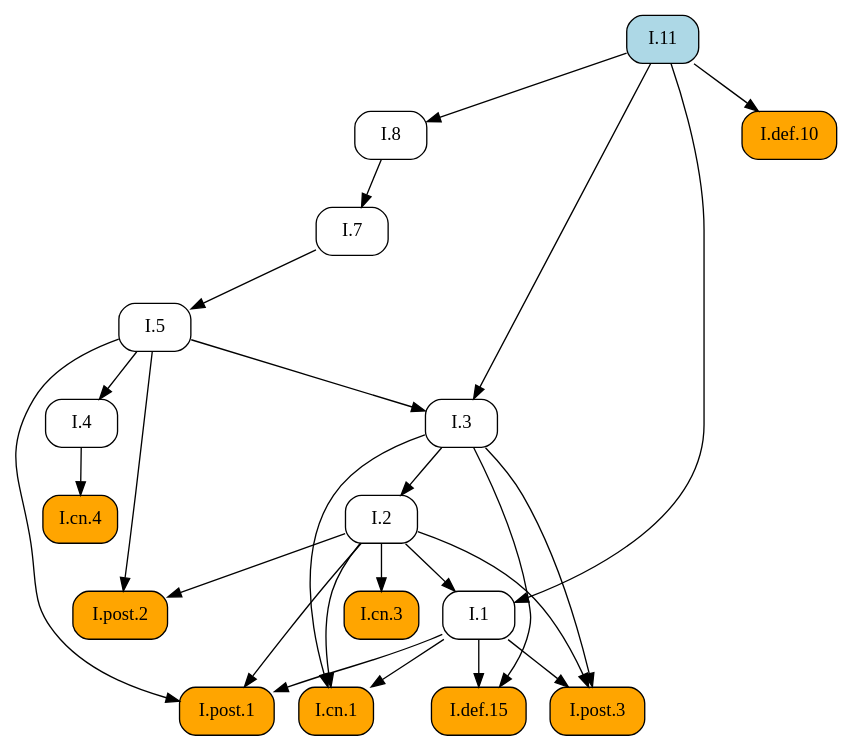
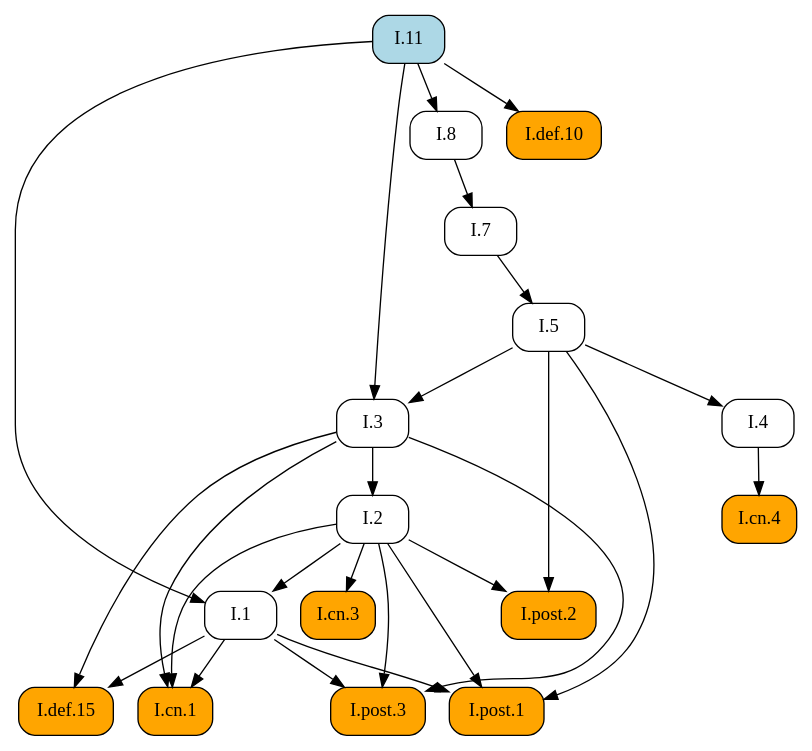
One commit to geometor/elements changed the diagram in docsrc/elements2/I/11/index.rst. Above: the diagram before and after it, drawn with Graphviz. The commit also changed other lines of this file and 409 other files, not shown here.

First line of the commit message:
feat: Add image cropping and graphic extraction script

```diff
--- a/docsrc/elements2/I/11/index.rst
+++ b/docsrc/elements2/I/11/index.rst
@@ -56,47 +56,47 @@
 .. graphviz::
 
    digraph {
      rankdir="TB";
      node [shape=box, style=rounded];
+     "I.def.15" [style="rounded,filled", fillcolor=orange, URL="/elements2/I/def.15/", target="_top"];
+     "I.def.10" [style="rounded,filled", fillcolor=orange, URL="/elements2/I/def.10/", target="_top"];
+     "I.11" [style="rounded,filled", fillcolor=lightblue, URL="/elements2/I/11/", target="_top"];
      "I.8" [URL="/elements2/I/8/", target="_top"];
-     "I.post.3" [style="rounded,filled", fillcolor=orange, URL="/elements2/I/post.3/", target="_top"];
+     "I.post.1" [style="rounded,filled", fillcolor=orange, URL="/elements2/I/post.1/", target="_top"];
      "I.2" [URL="/elements2/I/2/", target="_top"];
+     "I.post.2" [style="rounded,filled", fillcolor=orange, URL="/elements2/I/post.2/", target="_top"];
+     "I.3" [URL="/elements2/I/3/", target="_top"];
+     "I.5" [URL="/elements2/I/5/", target="_top"];
      "I.1" [URL="/elements2/I/1/", target="_top"];
      "I.cn.3" [style="rounded,filled", fillcolor=orange, URL="/elements2/I/cn.3/", target="_top"];
+     "I.cn.1" [style="rounded,filled", fillcolor=orange, URL="/elements2/I/cn.1/", target="_top"];
      "I.cn.4" [style="rounded,filled", fillcolor=orange, URL="/elements2/I/cn.4/", target="_top"];
-     "I.def.15" [style="rounded,filled", fillcolor=orange, URL="/elements2/I/def.15/", target="_top"];
      "I.4" [URL="/elements2/I/4/", target="_top"];
+     "I.post.3" [style="rounded,filled", fillcolor=orange, URL="/elements2/I/post.3/", target="_top"];
      "I.7" [URL="/elements2/I/7/", target="_top"];
-     "I.post.1" [style="rounded,filled", fillcolor=orange, URL="/elements2/I/post.1/", target="_top"];
-     "I.11" [style="rounded,filled", fillcolor=lightblue, URL="/elements2/I/11/", target="_top"];
-     "I.3" [URL="/elements2/I/3/", target="_top"];
-     "I.post.2" [style="rounded,filled", fillcolor=orange, URL="/elements2/I/post.2/", target="_top"];
-     "I.5" [URL="/elements2/I/5/", target="_top"];
-     "I.cn.1" [style="rounded,filled", fillcolor=orange, URL="/elements2/I/cn.1/", target="_top"];
-     "I.def.10" [style="rounded,filled", fillcolor=orange, URL="/elements2/I/def.10/", target="_top"];
+     "I.1" -> "I.def.15";
+     "I.3" -> "I.def.15";
+     "I.11" -> "I.def.10";
      "I.11" -> "I.8";
+     "I.1" -> "I.post.1";
+     "I.2" -> "I.post.1";
+     "I.5" -> "I.post.1";
+     "I.3" -> "I.2";
+     "I.2" -> "I.post.2";
+     "I.5" -> "I.post.2";
+     "I.5" -> "I.3";
+     "I.11" -> "I.3";
+     "I.7" -> "I.5";
+     "I.2" -> "I.1";
+     "I.11" -> "I.1";
+     "I.2" -> "I.cn.3";
+     "I.1" -> "I.cn.1";
+     "I.2" -> "I.cn.1";
+     "I.3" -> "I.cn.1";
+     "I.4" -> "I.cn.4";
+     "I.5" -> "I.4";
      "I.1" -> "I.post.3";
      "I.2" -> "I.post.3";
      "I.3" -> "I.post.3";
-     "I.3" -> "I.2";
-     "I.2" -> "I.1";
-     "I.11" -> "I.1";
-     "I.2" -> "I.cn.3";
-     "I.4" -> "I.cn.4";
-     "I.1" -> "I.def.15";
-     "I.3" -> "I.def.15";
-     "I.5" -> "I.4";
      "I.8" -> "I.7";
-     "I.1" -> "I.post.1";
-     "I.2" -> "I.post.1";
-     "I.5" -> "I.post.1";
-     "I.5" -> "I.3";
-     "I.11" -> "I.3";
-     "I.2" -> "I.post.2";
-     "I.5" -> "I.post.2";
-     "I.7" -> "I.5";
-     "I.1" -> "I.cn.1";
-     "I.2" -> "I.cn.1";
-     "I.3" -> "I.cn.1";
-     "I.11" -> "I.def.10";
    }
```
